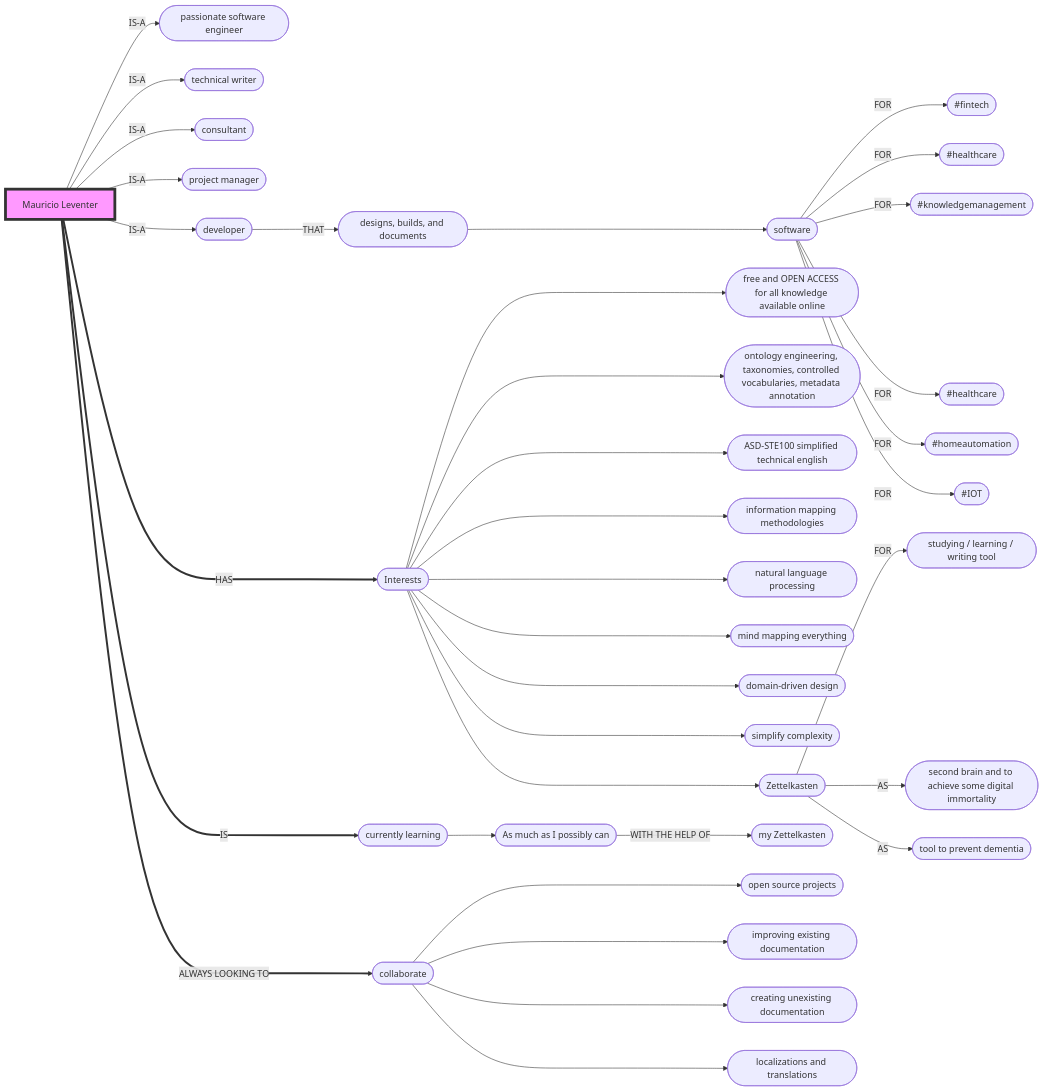
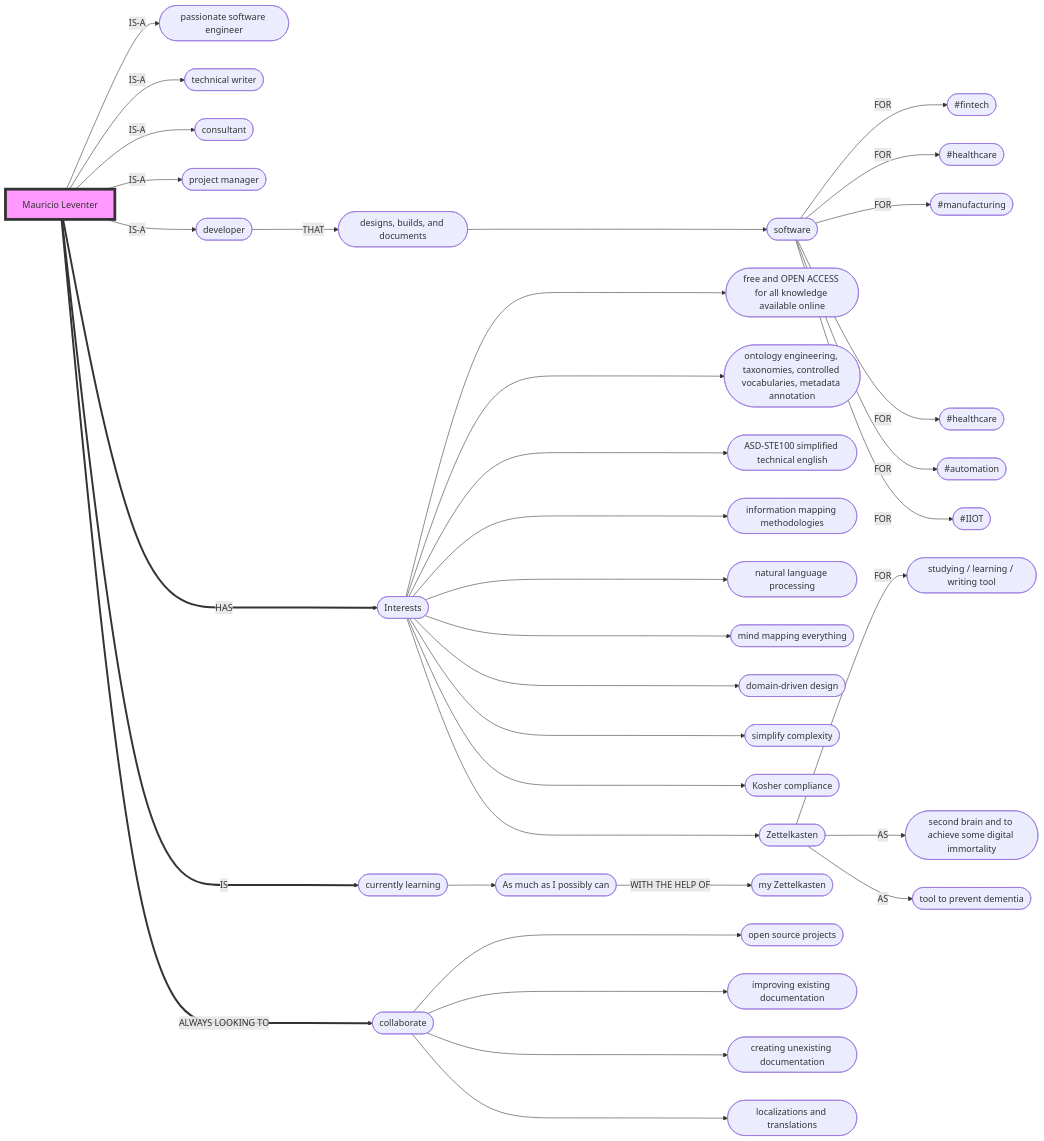
Before and after one commit to mleventer/mleventer: the diagram in README.md, drawn with Mermaid. The commit also changed other lines of this file, not shown here.

Commit message:
Revise interests and improve documentation clarity
Updated interests and corrected wording in README.

````diff
--- a/README.md
+++ b/README.md
@@ -18,38 +18,39 @@
 ```mermaid
 flowchart LR
     A[Mauricio Leventer] -->|IS-A| A2([passionate software engineer])
     A -->|IS-A| A3([technical writer])
     A -->|IS-A| A4([consultant])
     A -->|IS-A| AA([project manager])
     A -->|IS-A| AC([developer])
     AC -->|THAT| A5([designs, builds, and documents])
     A5 ---> A6([software])
     A6 -->|FOR| A7([#fintech])
     A6 -->|FOR| A8([#healthcare])
-    A6 -->|FOR| A9([#knowledgemanagement])
+    A6 -->|FOR| A9([#manufacturing])
     A6 -->|FOR| A10([#healthcare])
-    A6 -->|FOR| A11([#homeautomation])
-    A6 -->|FOR| A12([#IOT])    
+    A6 -->|FOR| A11([#automation])
+    A6 -->|FOR| A12([#IIOT])    
     A ===>|HAS| B([Interests])
     B ---> I1([free and OPEN ACCESS for all knowledge available online])
     B ---> I3([ontology engineering, taxonomies, controlled vocabularies, metadata annotation])
     B ---> I4([ASD-STE100 simplified technical english])
     B ---> I5([information mapping methodologies])
     B ---> I6([natural language processing])
     B ---> I7([mind mapping everything]) 
     B ---> I8([domain-driven design]) 
-    B ---> I9([simplify complexity]) 
+    B ---> I9([simplify complexity])
+    B ---> I10([Kosher compliance])
     B ---> J([Zettelkasten])
     J -->|FOR| J1([studying / learning / writing tool]) 
     J -->|AS| J2([second brain and to achieve some digital immortality]) 
     J -->|AS| J3([tool to prevent dementia])
     A ===>|IS| D([currently learning])
     D --> D1([As much as I possibly can])
     D1 -->|WITH THE HELP OF| D2([my Zettelkasten])
     A ===>|ALWAYS LOOKING TO|E([collaborate])
     E ---> E1([open source projects])
     E ---> E2([improving existing documentation])
     E ---> E3([creating unexisting documentation])
     E ---> E4([localizations and translations])
     style A fill:#f9f,stroke:#333,stroke-width:5px
 ```
````
